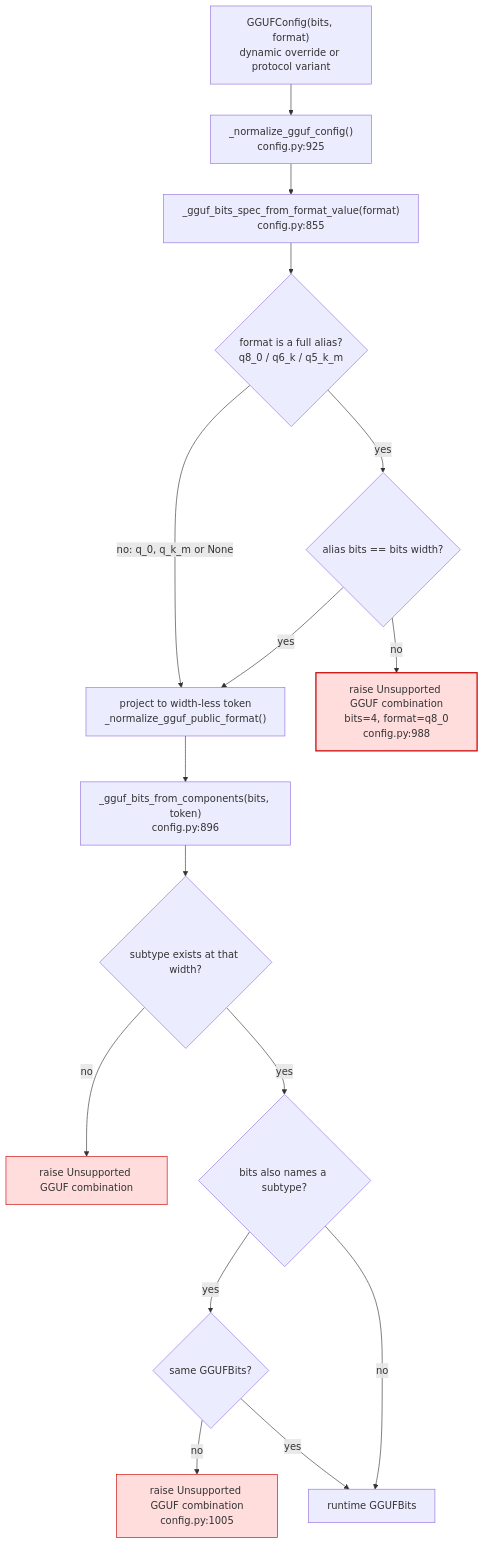
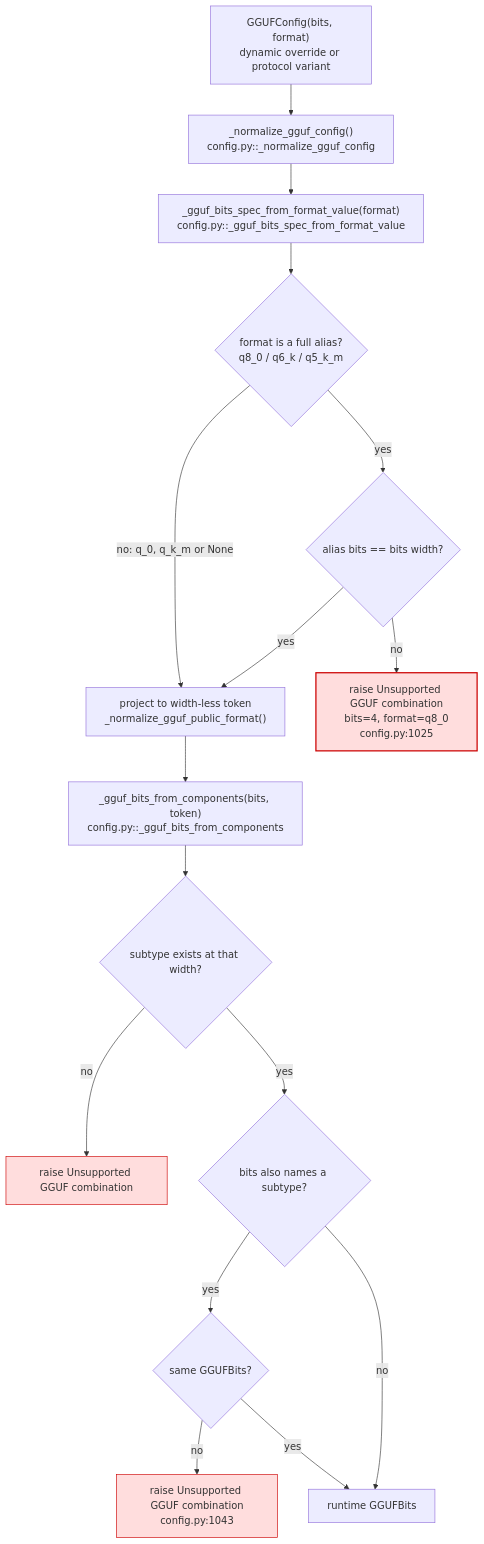
Before and after one commit to ModelCloud/GPTQModel: the first of 2 diagrams in docs/gguf-config-resolution.md, drawn with Mermaid. The commit also changed other lines of this file and 3 other files, not shown here.

````diff
--- a/docs/gguf-config-resolution.md
+++ b/docs/gguf-config-resolution.md
@@ -24,22 +26,22 @@
 ```mermaid
 flowchart TD
-    A["GGUFConfig(bits, format)<br/>dynamic override or protocol variant"] --> B["_normalize_gguf_config()<br/>config.py:925"]
-    B --> C["_gguf_bits_spec_from_format_value(format)<br/>config.py:855"]
+    A["GGUFConfig(bits, format)<br/>dynamic override or protocol variant"] --> B["_normalize_gguf_config()<br/>config.py::_normalize_gguf_config"]
+    B --> C["_gguf_bits_spec_from_format_value(format)<br/>config.py::_gguf_bits_spec_from_format_value"]
     C --> D{"format is a full alias?<br/>q8_0 / q6_k / q5_k_m"}
     D -->|no: q_0, q_k_m or None| E["project to width-less token<br/>_normalize_gguf_public_format()"]
     D -->|yes| F{"alias bits == bits width?"}
-    F -->|no| R1["raise Unsupported GGUF combination<br/>bits=4, format=q8_0<br/>config.py:988"]
+    F -->|no| R1["raise Unsupported GGUF combination<br/>bits=4, format=q8_0<br/>config.py:1025"]
     F -->|yes| E
-    E --> G["_gguf_bits_from_components(bits, token)<br/>config.py:896"]
+    E --> G["_gguf_bits_from_components(bits, token)<br/>config.py::_gguf_bits_from_components"]
     G --> H{"subtype exists at that width?"}
     H -->|no| R2["raise Unsupported GGUF combination"]
     H -->|yes| I{"bits also names a subtype?"}
     I -->|yes| J{"same GGUFBits?"}
-    J -->|no| R3["raise Unsupported GGUF combination<br/>config.py:1005"]
+    J -->|no| R3["raise Unsupported GGUF combination<br/>config.py:1043"]
     J -->|yes| K["runtime GGUFBits"]
     I -->|no| K
 
     style R1 fill:#fdd,stroke:#c00,stroke-width:2px
     style R2 fill:#fdd,stroke:#c00
     style R3 fill:#fdd,stroke:#c00
 ```
````
